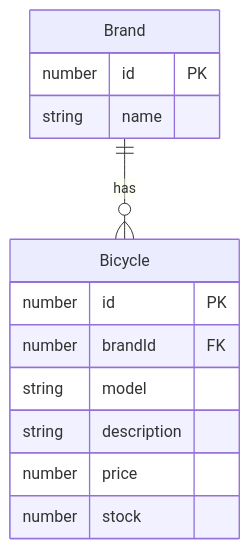
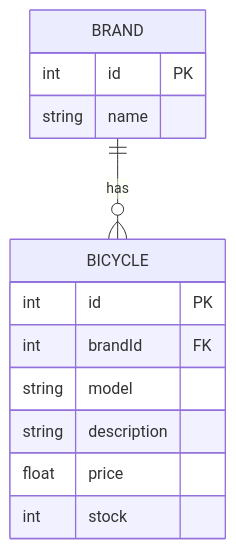
One commit to tcrurav/TypeScript-Express-Sequelize-Associations_and_Queries-Example changed the diagram in README.md. Above: the diagram before and after it, drawn with Mermaid. The commit also changed other lines of this file, not shown here.

Commit message:
fix: README.md ER Diagram

````diff
--- a/README.md
+++ b/README.md
@@ -3,18 +3,18 @@
 ```mermaid
 erDiagram
-    Brand ||--o{ Bicycle : has
+    BRAND ||--o{ BICYCLE : has
 
-    Brand {
-        number id PK
+    BRAND {
+        int id PK
         string name
     }
 
-    Bicycle {
-        number id PK
-        number brandId FK
+    BICYCLE {
+        int id PK
+        int brandId FK
         string model
         string description
-        number price
-        number stock
+        float price
+        int stock
     }
 ```
````
